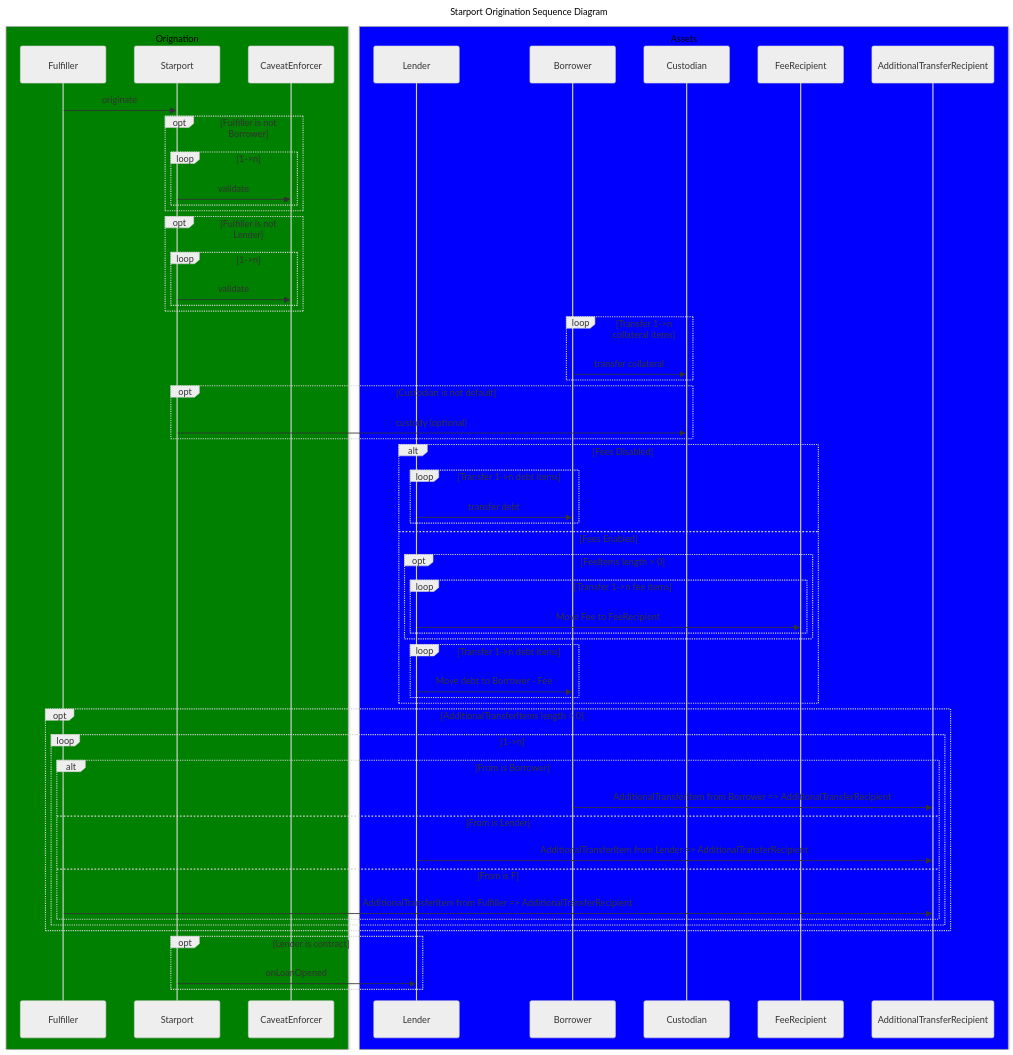
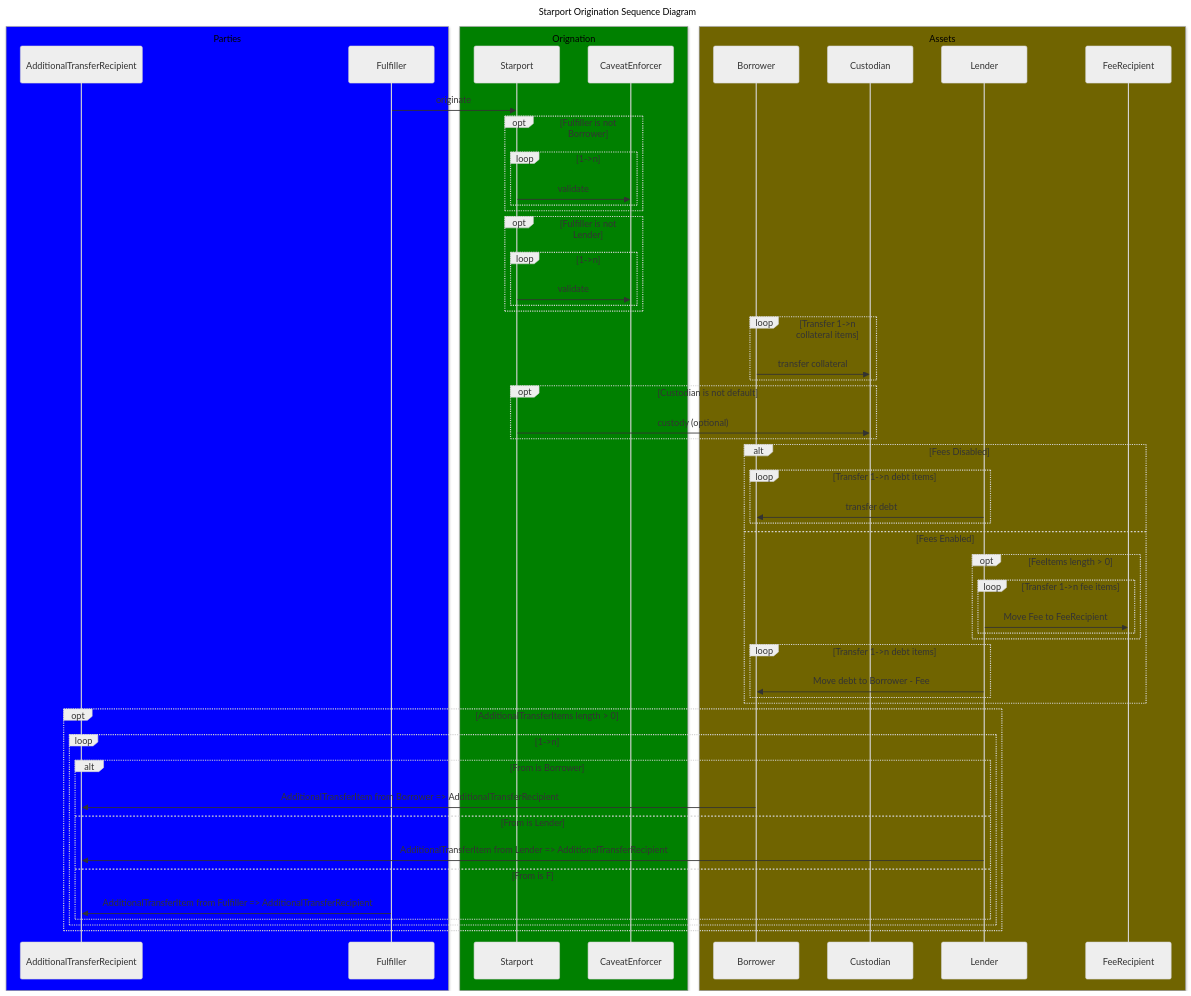
The diagram in docs/mermaid/origination.mmd (AstariaXYZ/starport), drawn with Mermaid (neutral theme) before and after one commit. The commit also changed 5 other files, not shown here.

```diff
--- a/docs/mermaid/origination.mmd
+++ b/docs/mermaid/origination.mmd
@@ -1,67 +1,66 @@
 sequenceDiagram
     title Starport Origination Sequence Diagram
 
 
+    Box blue Parties
+        participant AdditionalTransferRecipient
+        participant Fulfiller
+    end
+
     Box green Orignation
-        participant Fulfiller
         participant Starport
         participant CaveatEnforcer
     end
 
-    Box blue Assets
-        participant Lender
+    Box rgb(112,100,0) Assets
         participant Borrower
         participant Custodian
+        participant Lender
         participant FeeRecipient
-        participant AdditionalTransferRecipient
     end
 
     Fulfiller->>Starport: originate
 
     opt Fulfiller is not Borrower
         loop 1->n
             Starport->>CaveatEnforcer: validate
         end
     end
     opt Fulfiller is not Lender
         loop 1->n
             Starport->>CaveatEnforcer: validate
         end
     end
     loop Transfer 1->n collateral items
         Borrower->>Custodian: transfer collateral
     end
     opt Custodian is not default
         Starport->>Custodian: custody (optional)
     end
 
     alt Fees Disabled
         loop Transfer 1->n debt items
             Lender->>Borrower: transfer debt
         end
     else Fees Enabled
         opt FeeItems length > 0
             loop Transfer 1->n fee items
                 Lender->>FeeRecipient: Move Fee to FeeRecipient
             end
         end
         loop Transfer 1->n debt items
             Lender->>Borrower: Move debt to Borrower - Fee
         end
     end
 
     opt AdditionalTransferItems length > 0
         loop 1->n
             alt From is Borrower
                 Borrower->>AdditionalTransferRecipient: AdditionalTransferItem from Borrower => AdditionalTransferRecipient
             else From is Lender
                 Lender->>AdditionalTransferRecipient: AdditionalTransferItem from Lender => AdditionalTransferRecipient
             else From is F
                 Fulfiller->>AdditionalTransferRecipient: AdditionalTransferItem from Fulfiller => AdditionalTransferRecipient
             end
         end
     end
-
-    opt Lender is contract
-        Starport->>Lender: onLoanOpened
-    end
```
